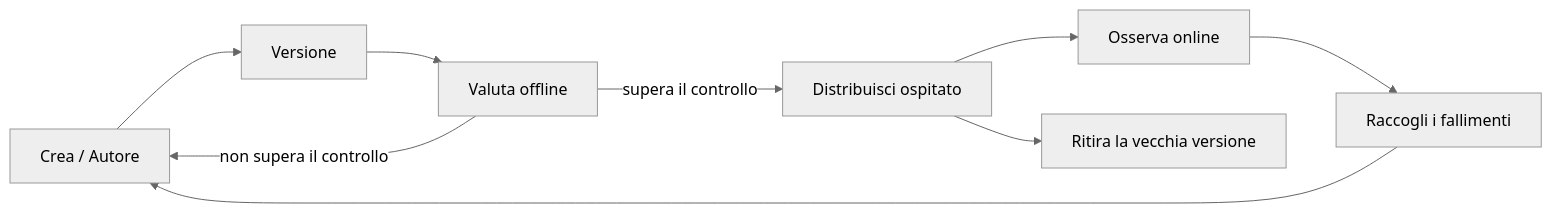
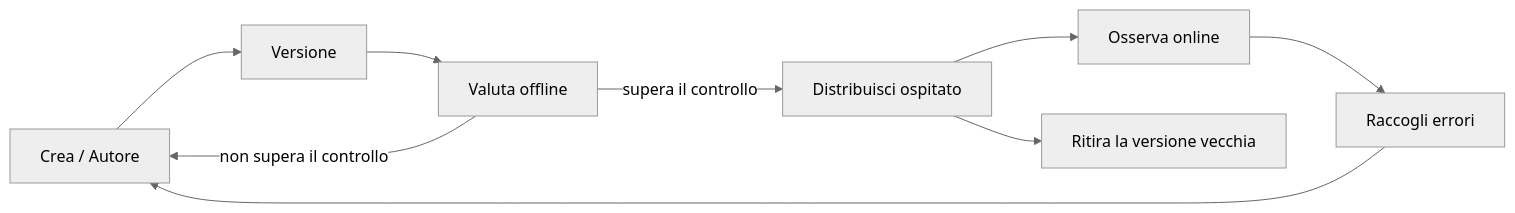
One commit to gabrielmoreira/agent-skills-mirror changed the second of 4 diagrams in mirrors/repos/microsoft@ai-agents-for-beginners/translations/it/16-deploying-scalable-agents/README.md. Above: the diagram before and after it, drawn with Mermaid (neutral theme). The commit also changed other lines of this file and 4262 other files, not shown here.

````diff
--- a/mirrors/repos/microsoft@ai-agents-for-beginners/translations/it/16-deploying-scalable-agents/README.md
+++ b/mirrors/repos/microsoft@ai-agents-for-beginners/translations/it/16-deploying-scalable-agents/README.md
@@ -108,11 +108,11 @@
 ```mermaid
 flowchart LR
     Create[Crea / Autore] --> Version[Versione]
     Version --> Evaluate[Valuta offline]
     Evaluate -->|supera il controllo| Deploy[Distribuisci ospitato]
     Evaluate -->|non supera il controllo| Create
     Deploy --> Observe[Osserva online]
-    Observe --> Improve[Raccogli i fallimenti]
+    Observe --> Improve[Raccogli errori]
     Improve --> Create
-    Deploy --> Retire[Ritira la vecchia versione]
+    Deploy --> Retire[Ritira la versione vecchia]
 ```
````
